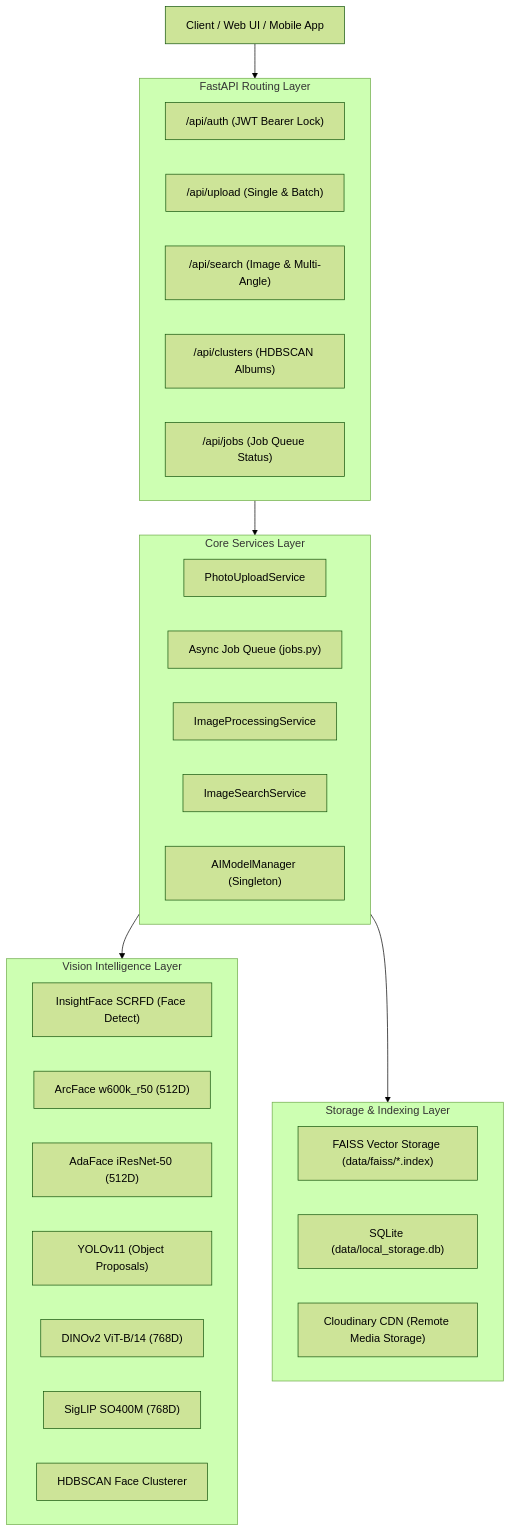
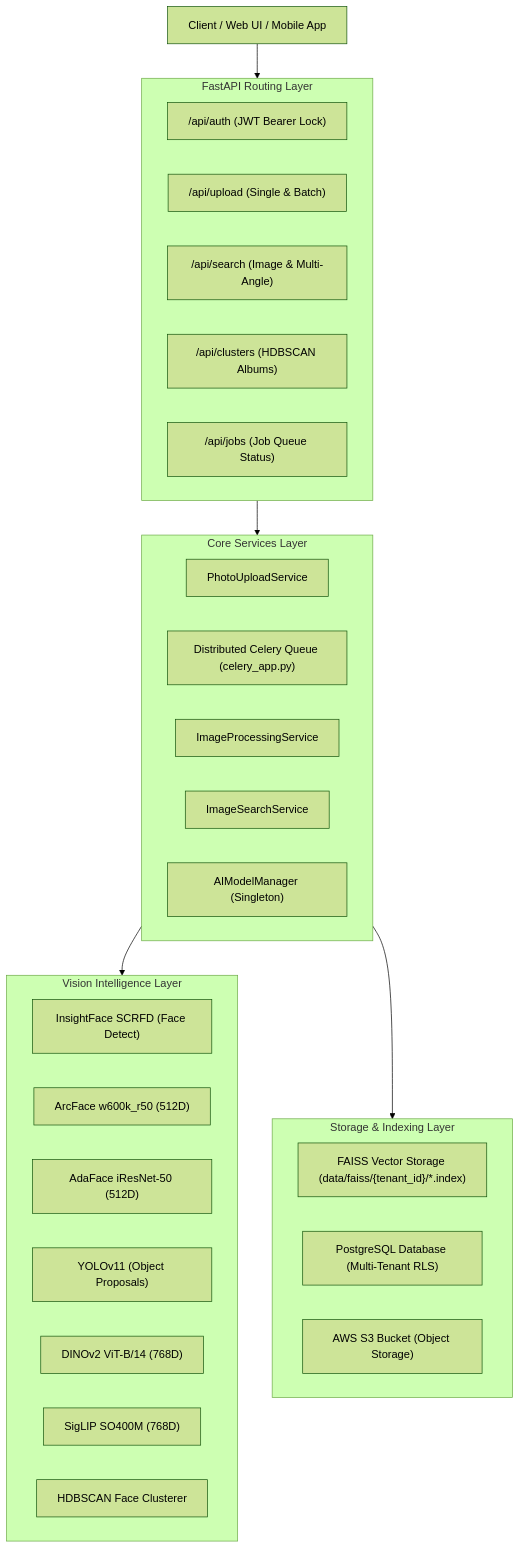
Before and after one commit to Sudhanshu3011/photo-finder: the diagram in README.md, drawn with Mermaid (forest theme). The commit also changed other lines of this file and 35 other files, not shown here.

First line of the commit message:
feat: implement Phase 2 distributed Celery workers and AWS S3 storage migration

````diff
--- a/README.md
+++ b/README.md
@@ -54,41 +54,41 @@
 ```mermaid
 flowchart TD
     Client["Client / Web UI / Mobile App"]
     
     subgraph FastAPI ["FastAPI Routing Layer"]
         Auth["/api/auth (JWT Bearer Lock)"]
         Upload["/api/upload (Single & Batch)"]
         Search["/api/search (Image & Multi-Angle)"]
         Clusters["/api/clusters (HDBSCAN Albums)"]
         Jobs["/api/jobs (Job Queue Status)"]
     end
 
     subgraph CoreServices ["Core Services Layer"]
         UploadSvc["PhotoUploadService"]
-        JobQueue["Async Job Queue (jobs.py)"]
+        JobQueue["Distributed Celery Queue (celery_app.py)"]
         ProcSvc["ImageProcessingService"]
         SearchSvc["ImageSearchService"]
         AIMgr["AIModelManager (Singleton)"]
     end
 
     subgraph AIModels ["Vision Intelligence Layer"]
         InsightFace["InsightFace SCRFD (Face Detect)"]
         ArcFace["ArcFace w600k_r50 (512D)"]
         AdaFace["AdaFace iResNet-50 (512D)"]
         YOLO["YOLOv11 (Object Proposals)"]
         DINOv2["DINOv2 ViT-B/14 (768D)"]
         SigLIP["SigLIP SO400M (768D)"]
         HDBSCAN["HDBSCAN Face Clusterer"]
     end
 
     subgraph Storage ["Storage & Indexing Layer"]
-        FAISS["FAISS Vector Storage (data/faiss/*.index)"]
-        SQLite["SQLite (data/local_storage.db)"]
-        Cloudinary["Cloudinary CDN (Remote Media Storage)"]
+        FAISS["FAISS Vector Storage (data/faiss/{tenant_id}/*.index)"]
+        Postgres["PostgreSQL Database (Multi-Tenant RLS)"]
+        AWSS3["AWS S3 Bucket (Object Storage)"]
     end
 
     Client --> FastAPI
     FastAPI --> CoreServices
     CoreServices --> AIModels
     CoreServices --> Storage
 ```
````
